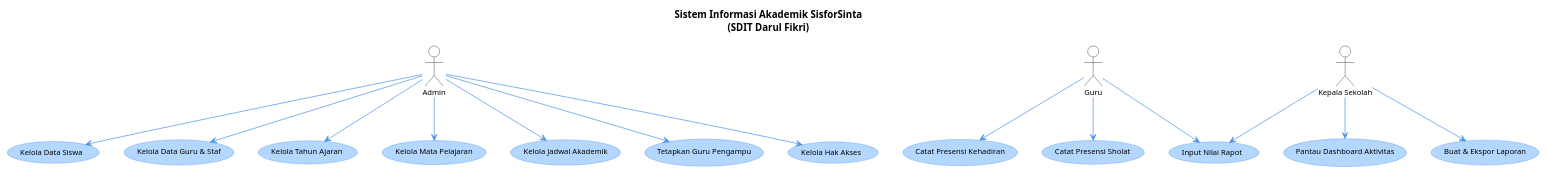
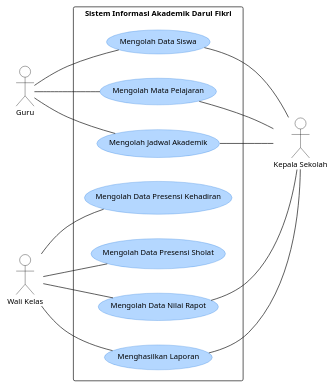
Before and after one commit to rikzandompay/Siakad-Sdit-darul-fikri: the diagram in use_case_diagram.puml, drawn with PlantUML. The commit also changed 14 other files, not shown here.

```diff
--- a/use_case_diagram.puml
+++ b/use_case_diagram.puml
@@ -1,47 +1,49 @@
 @startuml SisforSinta_UseCase
+left to right direction
+
 skinparam backgroundColor #FFFFFF
 skinparam usecaseBackgroundColor #B4D7FF
 skinparam usecaseBorderColor #4A90E2
-skinparam usecaseArrowColor #4A90E2
 skinparam actorBackgroundColor #FFFFFF
 skinparam actorBorderColor #000000
 skinparam defaultFontColor #000000
 skinparam defaultFontName Arial
 skinparam defaultFontSize 11
 
-title Sistem Informasi Akademik SisforSinta\n(SDIT Darul Fikri)
+' Aktor Kiri
+actor "Guru" as Guru
+actor "Wali Kelas" as WaliKelas
 
-actor "Admin" as Admin
-actor "Guru" as Guru
+' Aktor Kanan
 actor "Kepala Sekolah" as KepalaSekolah
 
-usecase "Kelola Data Siswa" as UC_DataSiswa
-usecase "Kelola Data Guru & Staf" as UC_DataGuru
-usecase "Kelola Tahun Ajaran" as UC_TahunAjaran
-usecase "Kelola Mata Pelajaran" as UC_MataPelajaran
-usecase "Kelola Jadwal Akademik" as UC_JadwalAkademik
-usecase "Tetapkan Guru Pengampu" as UC_GuruPengampu
-usecase "Catat Presensi Kehadiran" as UC_Presensi
-usecase "Catat Presensi Sholat" as UC_PresensiSholat
-usecase "Input Nilai Rapot" as UC_NilaiRapot
-usecase "Pantau Dashboard Aktivitas" as UC_Dashboard
-usecase "Buat & Ekspor Laporan" as UC_Laporan
-usecase "Kelola Hak Akses" as UC_HakAkses
+rectangle "Sistem Informasi Akademik Darul Fikri" {
+    usecase "Mengolah Data Siswa" as UC_DataSiswa
+    usecase "Mengolah Mata Pelajaran" as UC_MataPelajaran
+    usecase "Mengolah Jadwal Akademik" as UC_JadwalAkademik
 
-Admin --> UC_DataSiswa
-Admin --> UC_DataGuru
-Admin --> UC_TahunAjaran
-Admin --> UC_MataPelajaran
-Admin --> UC_JadwalAkademik
-Admin --> UC_GuruPengampu
-Admin --> UC_HakAkses
+    usecase "Mengolah Data Presensi Kehadiran" as UC_Presensi
+    usecase "Mengolah Data Presensi Sholat" as UC_PresensiSholat
+    usecase "Mengolah Data Nilai Rapot" as UC_NilaiRapot
+    
+    usecase "Menghasilkan Laporan" as UC_Laporan
+}
 
-Guru --> UC_Presensi
-Guru --> UC_PresensiSholat
-Guru --> UC_NilaiRapot
+' Relasi Aktor Kiri -- Use Case
+Guru -- UC_DataSiswa
+Guru -- UC_MataPelajaran
+Guru -- UC_JadwalAkademik
 
-KepalaSekolah --> UC_Dashboard
-KepalaSekolah --> UC_Laporan
-KepalaSekolah --> UC_NilaiRapot
+WaliKelas -- UC_Presensi
+WaliKelas -- UC_PresensiSholat
+WaliKelas -- UC_NilaiRapot
+WaliKelas -- UC_Laporan
+
+' Relasi Use Case -- Aktor Kanan
+UC_Laporan -- KepalaSekolah
+UC_DataSiswa -- KepalaSekolah
+UC_MataPelajaran -- KepalaSekolah
+UC_JadwalAkademik -- KepalaSekolah
+UC_NilaiRapot -- KepalaSekolah
 
 @enduml
```
